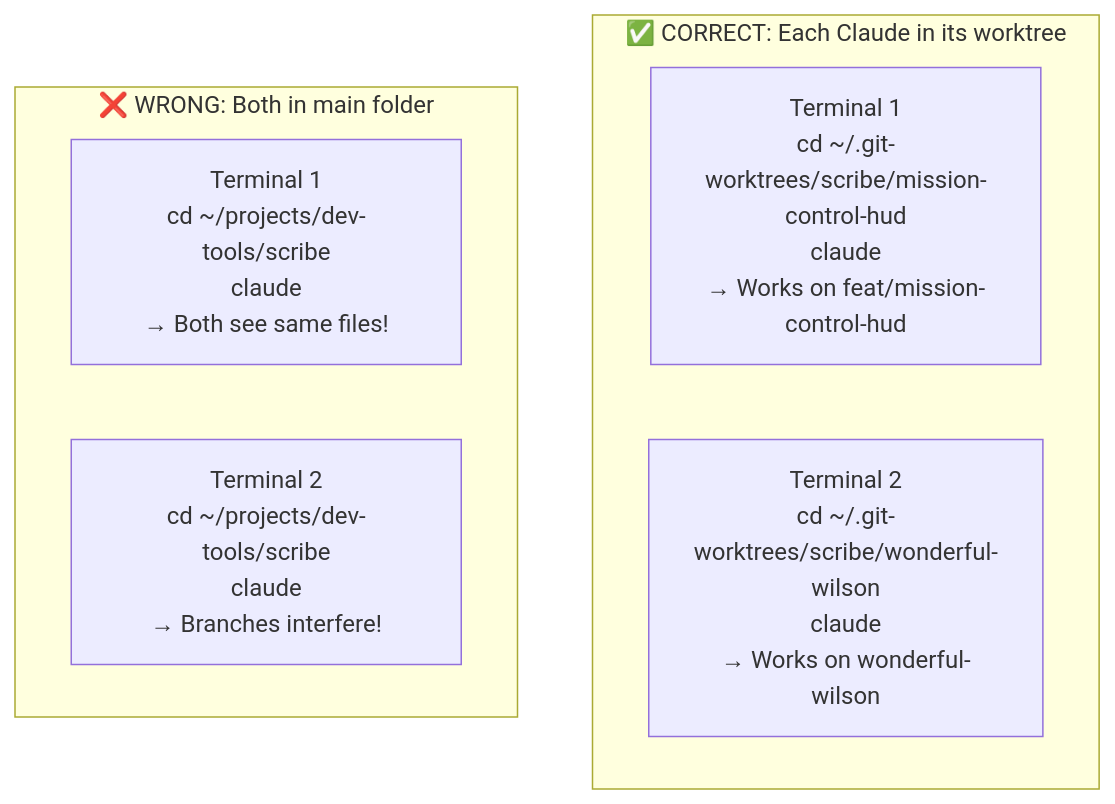
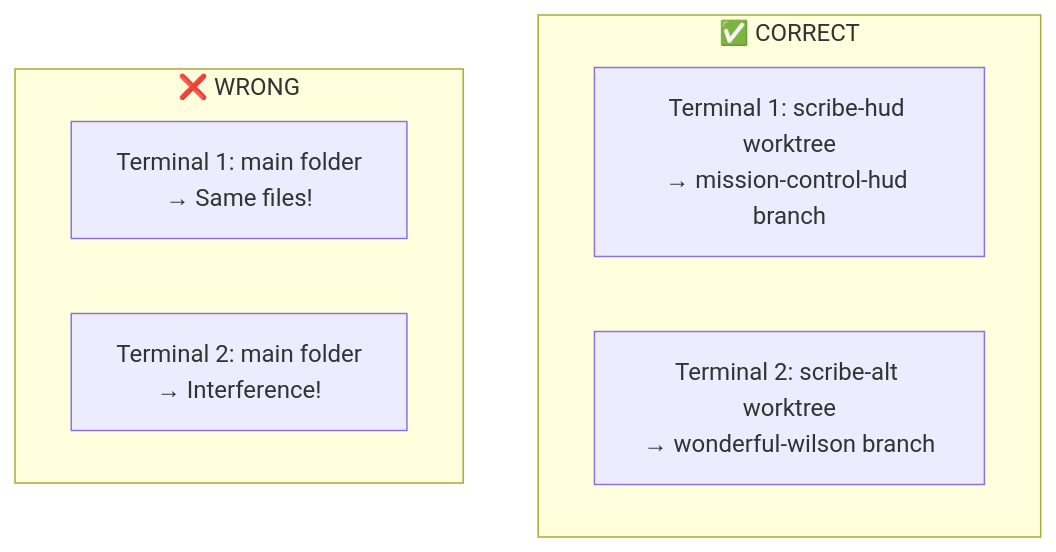
Diagram 23 of 26 in docs/guides/GIT-WORKTREES-GUIDE.md (Data-Wise/iterm2-context-switcher), drawn with Mermaid before and after one commit. The commit also changed other lines of this file, not shown here.

First line of the commit message:
fix: shorten Mermaid diagram text to prevent overflow

````diff
--- a/docs/guides/GIT-WORKTREES-GUIDE.md
+++ b/docs/guides/GIT-WORKTREES-GUIDE.md
@@ -1029,12 +1029,12 @@
 ```mermaid
 graph TD
-    subgraph CORRECT["✅ CORRECT: Each Claude in its worktree"]
-        T1["Terminal 1<br/>cd ~/.git-worktrees/scribe/mission-control-hud<br/>claude<br/>→ Works on feat/mission-control-hud"]
-        T2["Terminal 2<br/>cd ~/.git-worktrees/scribe/wonderful-wilson<br/>claude<br/>→ Works on wonderful-wilson"]
+    subgraph CORRECT["✅ CORRECT"]
+        T1["Terminal 1: scribe-hud worktree<br/>→ mission-control-hud branch"]
+        T2["Terminal 2: scribe-alt worktree<br/>→ wonderful-wilson branch"]
     end
 
-    subgraph WRONG["❌ WRONG: Both in main folder"]
-        T3["Terminal 1<br/>cd ~/projects/dev-tools/scribe<br/>claude<br/>→ Both see same files!"]
-        T4["Terminal 2<br/>cd ~/projects/dev-tools/scribe<br/>claude<br/>→ Branches interfere!"]
+    subgraph WRONG["❌ WRONG"]
+        T3["Terminal 1: main folder<br/>→ Same files!"]
+        T4["Terminal 2: main folder<br/>→ Interference!"]
     end
 ```
````
